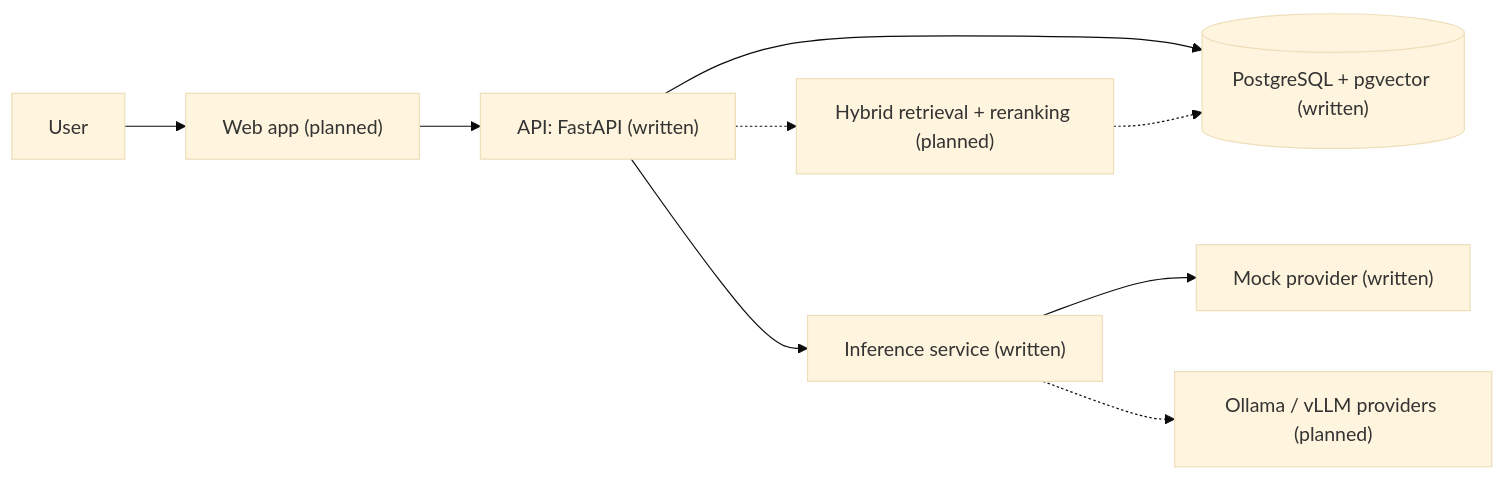
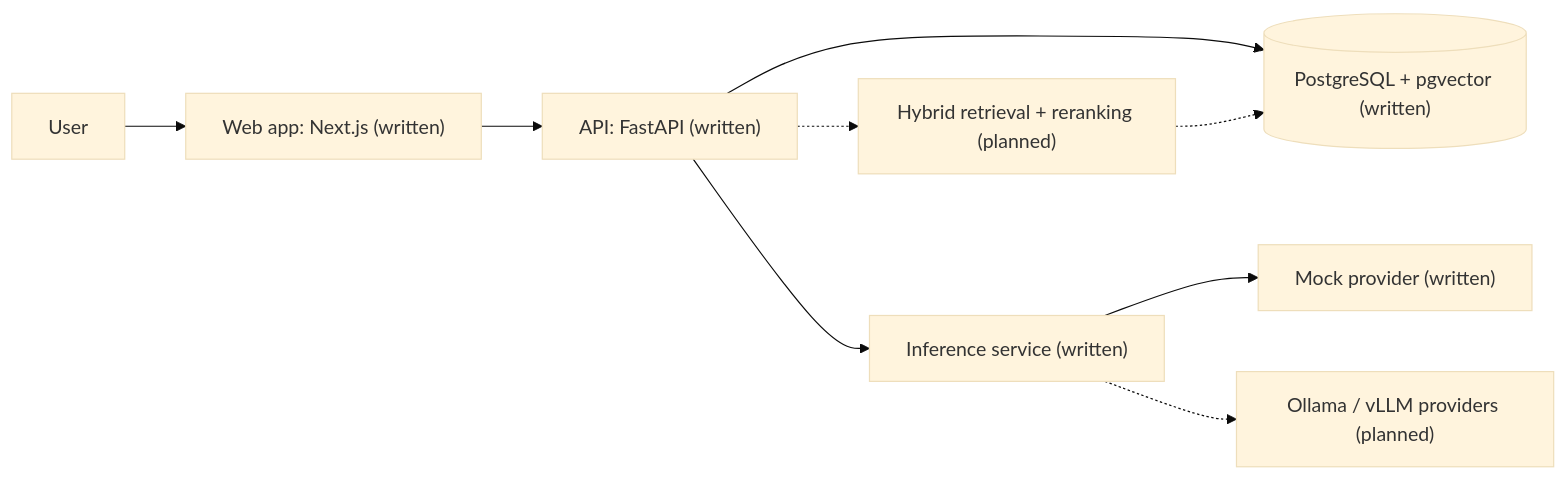
One commit to GargiPareek-27/CuraLLM changed the diagram in docs/ARCHITECTURE.md. Above: the diagram before and after it, drawn with Mermaid (base theme). The commit also changed 23 other files, not shown here.

Commit message:
Add Next.js chat page, web CI job and npm Dependabot updates (#19)

````diff
--- a/docs/ARCHITECTURE.md
+++ b/docs/ARCHITECTURE.md
@@ -7,11 +7,11 @@
 ```mermaid
 flowchart LR
-  user["User"] --> web["Web app (planned)"]
+  user["User"] --> web["Web app: Next.js (written)"]
   web --> api["API: FastAPI (written)"]
   api --> db[("PostgreSQL + pgvector (written)")]
   api --> inf["Inference service (written)"]
   inf --> mock["Mock provider (written)"]
   inf -.-> real["Ollama / vLLM providers (planned)"]
   api -.-> rag["Hybrid retrieval + reranking (planned)"]
   rag -.-> db
 ```
````
